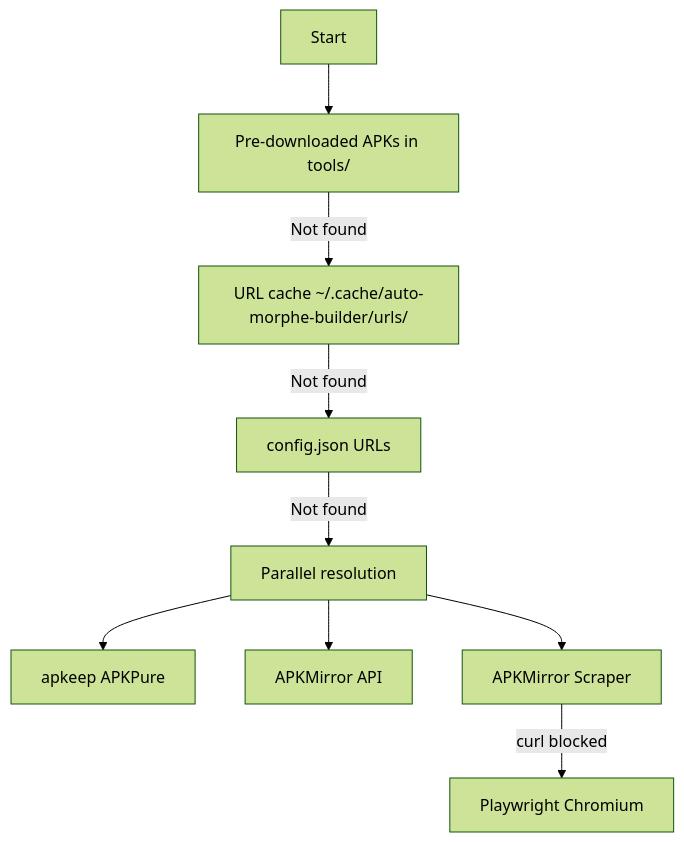
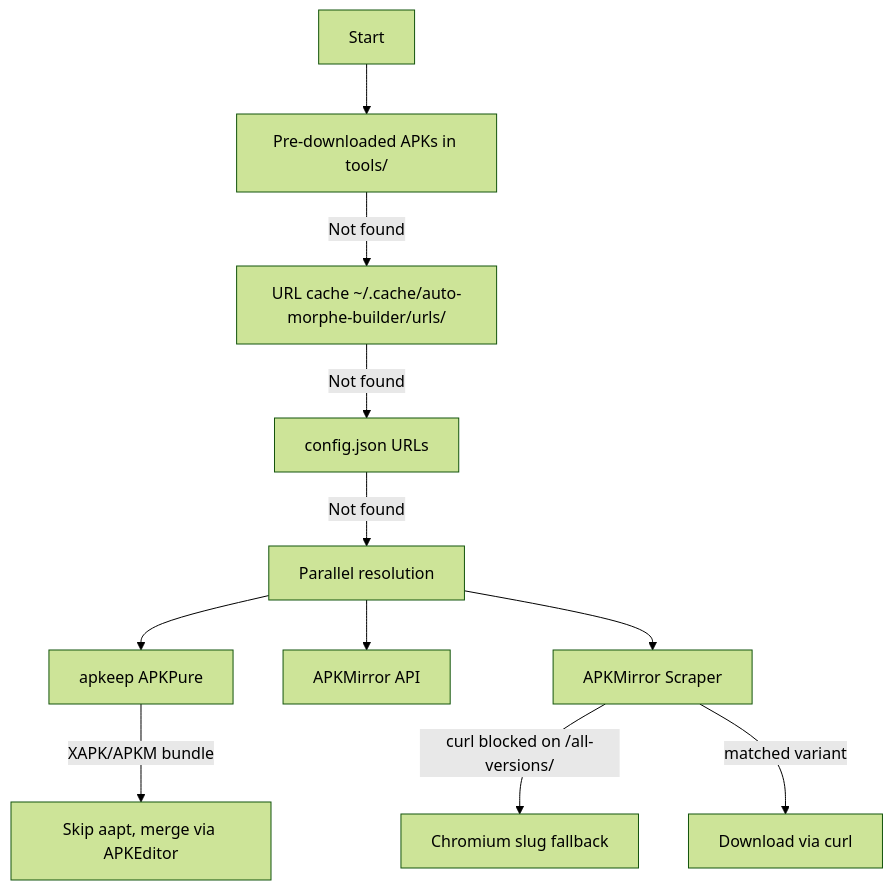
Before and after one commit to nxn94/AutoMorpheBuilder: the diagram in README.md, drawn with Mermaid (forest theme). The commit also changed other lines of this file and 2 other files, not shown here.

````diff
--- a/README.md
+++ b/README.md
@@ -149,11 +152,13 @@
 ```mermaid
 flowchart TD
     A[Start] --> B[Pre-downloaded APKs in tools/]
     B -->|Not found| C[URL cache ~/.cache/auto-morphe-builder/urls/]
     C -->|Not found| D[config.json URLs]
     D -->|Not found| E[Parallel resolution]
     E --> F[apkeep APKPure]
     E --> G[APKMirror API]
     E --> H[APKMirror Scraper]
-    H -->|curl blocked| I[Playwright Chromium]
+    H -->|curl blocked on /all-versions/| I[Chromium slug fallback]
+    H -->|matched variant| J[Download via curl]
+    F -->|XAPK/APKM bundle| K[Skip aapt, merge via APKEditor]
 ```
````
